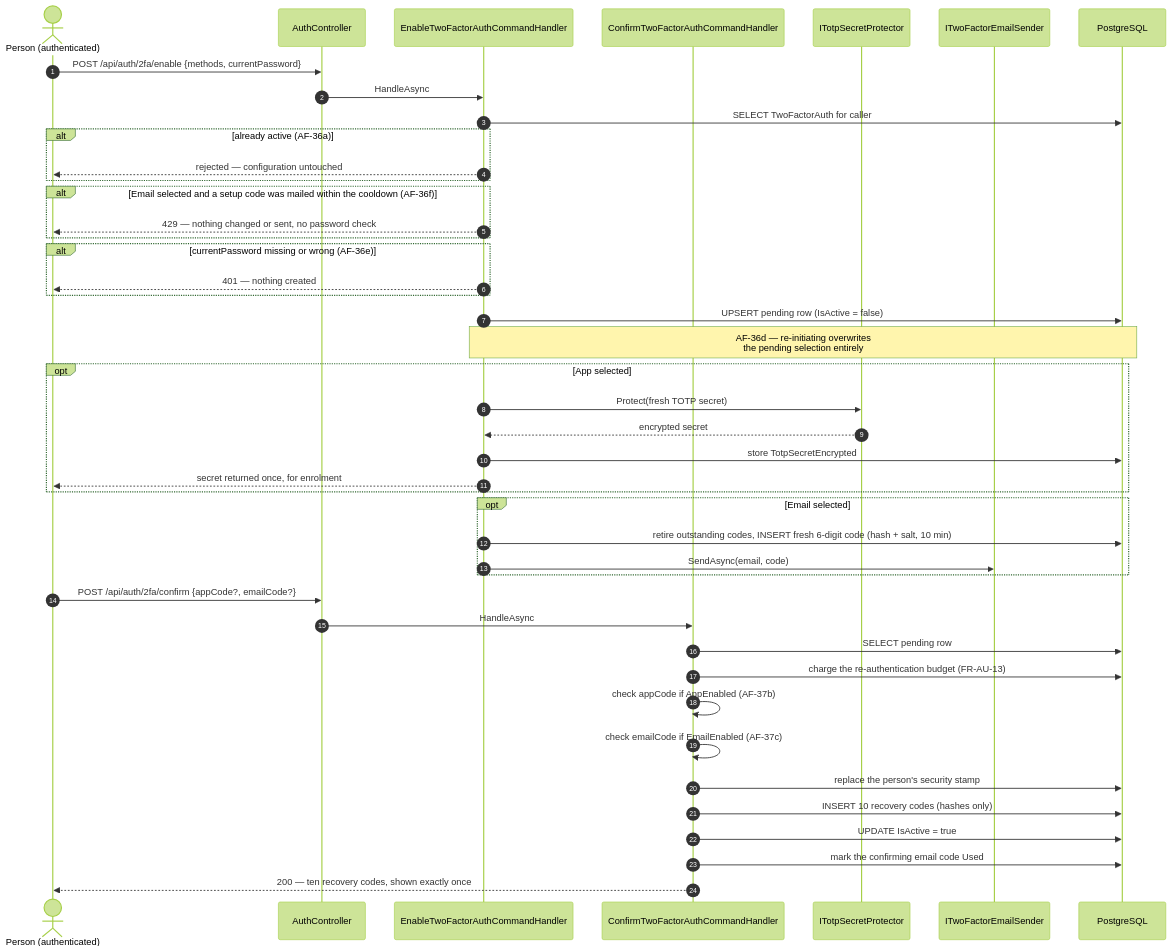
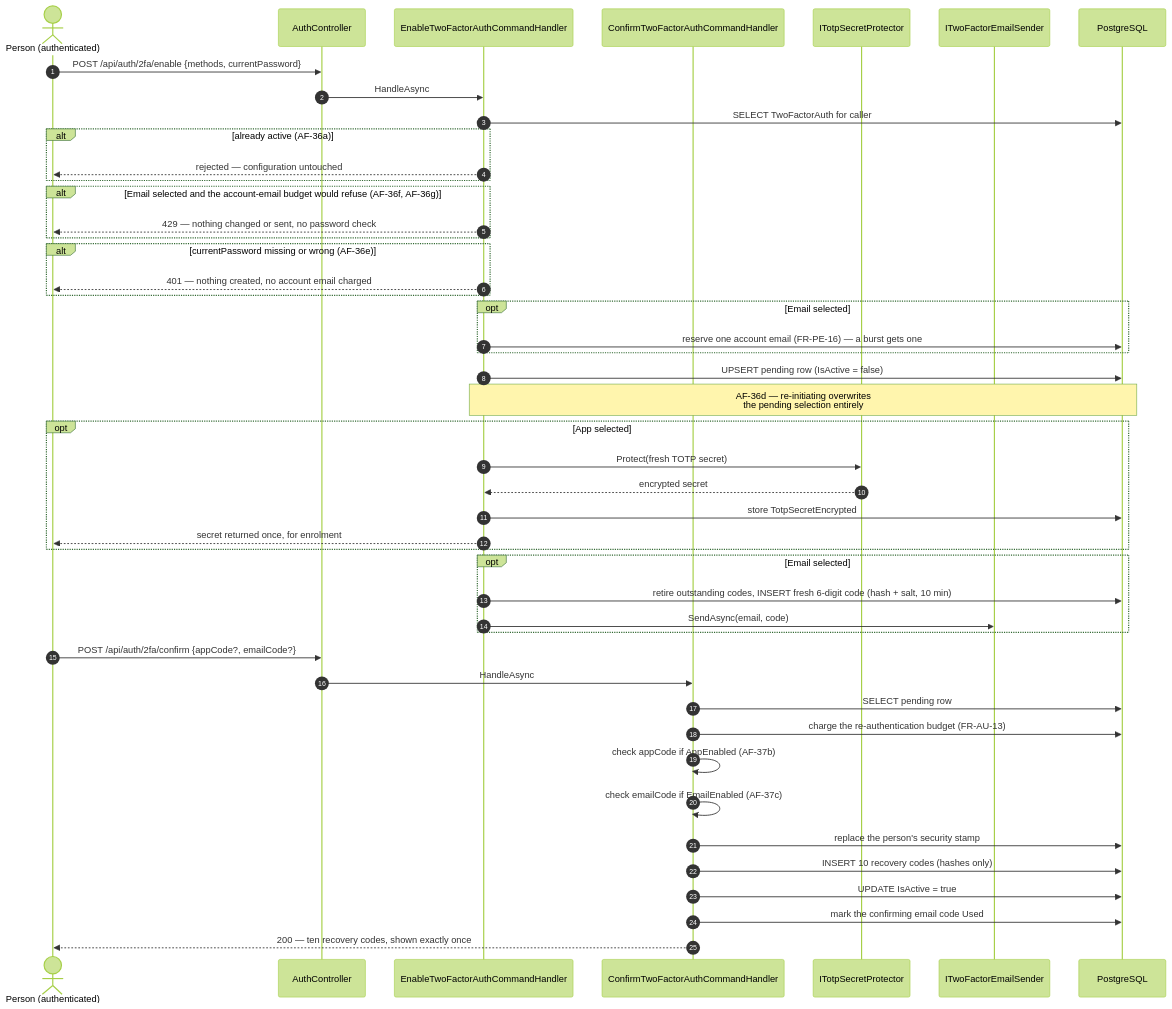
One commit to artur-rios/heimdall-api changed the second of 3 diagrams in docs/content/en/docs/flows/two-factor.md. Above: the diagram before and after it, drawn with Mermaid (forest theme). The commit also changed 13 other files, not shown here.

First line of the commit message:
docs: describe the account email budget

````diff
--- a/docs/content/en/docs/flows/two-factor.md
+++ b/docs/content/en/docs/flows/two-factor.md
@@ -30,49 +30,52 @@
 ```mermaid
 sequenceDiagram
     autonumber
     actor P as Person (authenticated)
     participant AC as AuthController
     participant EH as EnableTwoFactorAuthCommandHandler
     participant CH as ConfirmTwoFactorAuthCommandHandler
     participant TP as ITotpSecretProtector
     participant ES as ITwoFactorEmailSender
     participant DB as PostgreSQL
 
     P->>AC: POST /api/auth/2fa/enable {methods, currentPassword}
     AC->>EH: HandleAsync
     EH->>DB: SELECT TwoFactorAuth for caller
     alt already active (AF-36a)
         EH-->>P: rejected — configuration untouched
     end
-    alt Email selected and a setup code was mailed within the cooldown (AF-36f)
+    alt Email selected and the account-email budget would refuse (AF-36f, AF-36g)
         EH-->>P: 429 — nothing changed or sent, no password check
     end
     alt currentPassword missing or wrong (AF-36e)
-        EH-->>P: 401 — nothing created
+        EH-->>P: 401 — nothing created, no account email charged
+    end
+    opt Email selected
+        EH->>DB: reserve one account email (FR-PE-16) — a burst gets one
     end
     EH->>DB: UPSERT pending row (IsActive = false)
     Note over EH,DB: AF-36d — re-initiating overwrites<br/>the pending selection entirely
 
     opt App selected
         EH->>TP: Protect(fresh TOTP secret)
         TP-->>EH: encrypted secret
         EH->>DB: store TotpSecretEncrypted
         EH-->>P: secret returned once, for enrolment
     end
     opt Email selected
         EH->>DB: retire outstanding codes, INSERT fresh 6-digit code (hash + salt, 10 min)
         EH->>ES: SendAsync(email, code)
     end
 
     P->>AC: POST /api/auth/2fa/confirm {appCode?, emailCode?}
     AC->>CH: HandleAsync
     CH->>DB: SELECT pending row
     CH->>DB: charge the re-authentication budget (FR-AU-13)
     CH->>CH: check appCode if AppEnabled (AF-37b)
     CH->>CH: check emailCode if EmailEnabled (AF-37c)
     CH->>DB: replace the person's security stamp
     CH->>DB: INSERT 10 recovery codes (hashes only)
     CH->>DB: UPDATE IsActive = true
     CH->>DB: mark the confirming email code Used
     CH-->>P: 200 — ten recovery codes, shown exactly once
 ```
````
